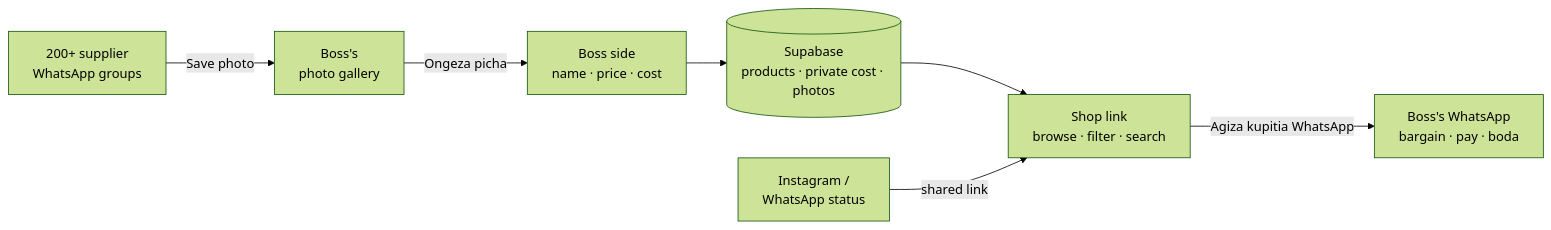
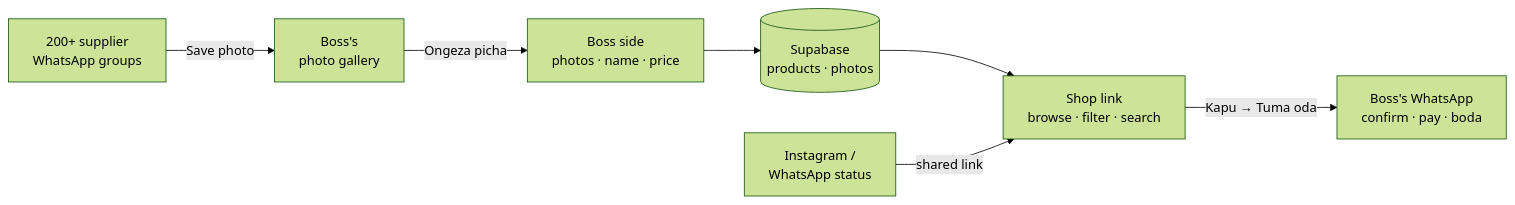
Before and after one commit to PENGO01/winga: the diagram in README.md, drawn with Mermaid (forest theme). The commit also changed other lines of this file and 8 other files, not shown here.

First line of the commit message:
Review #1: short Swahili, basket, 3-button Boss app, themes, 24-day expiry

````diff
--- a/README.md
+++ b/README.md
@@ -42,9 +45,9 @@
 ```mermaid
 flowchart LR
     G["200+ supplier<br/>WhatsApp groups"] -- "Save photo" --> PH["Boss's<br/>photo gallery"]
-    PH -- "Ongeza picha" --> B["Boss side<br/>name · price · cost"]
-    B --> DB[("Supabase<br/>products · private cost · photos")]
+    PH -- "Ongeza picha" --> B["Boss side<br/>photos · name · price"]
+    B --> DB[("Supabase<br/>products · photos")]
     DB --> S["Shop link<br/>browse · filter · search"]
     IG["Instagram /<br/>WhatsApp status"] -- "shared link" --> S
-    S -- "Agiza kupitia WhatsApp" --> W["Boss's WhatsApp<br/>bargain · pay · boda"]
+    S -- "Kapu → Tuma oda" --> W["Boss's WhatsApp<br/>confirm · pay · boda"]
 ```
````
